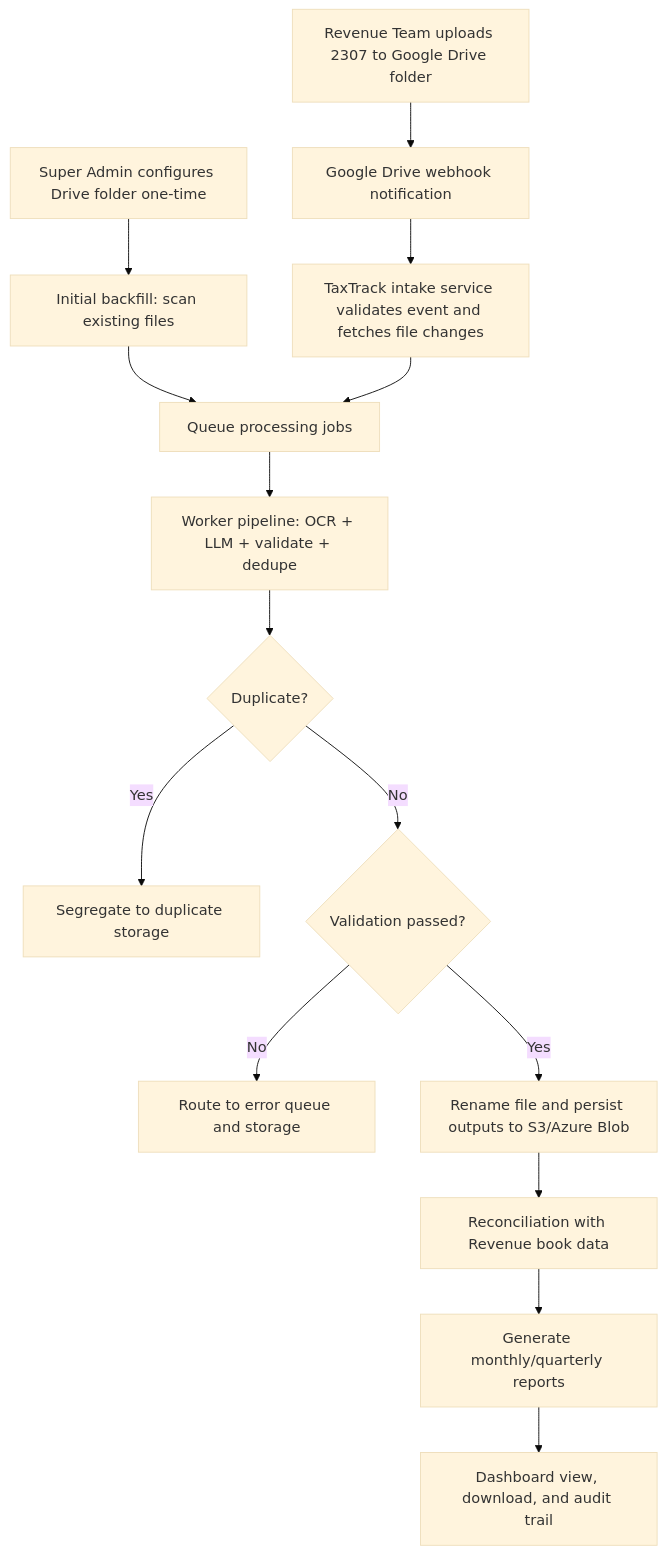
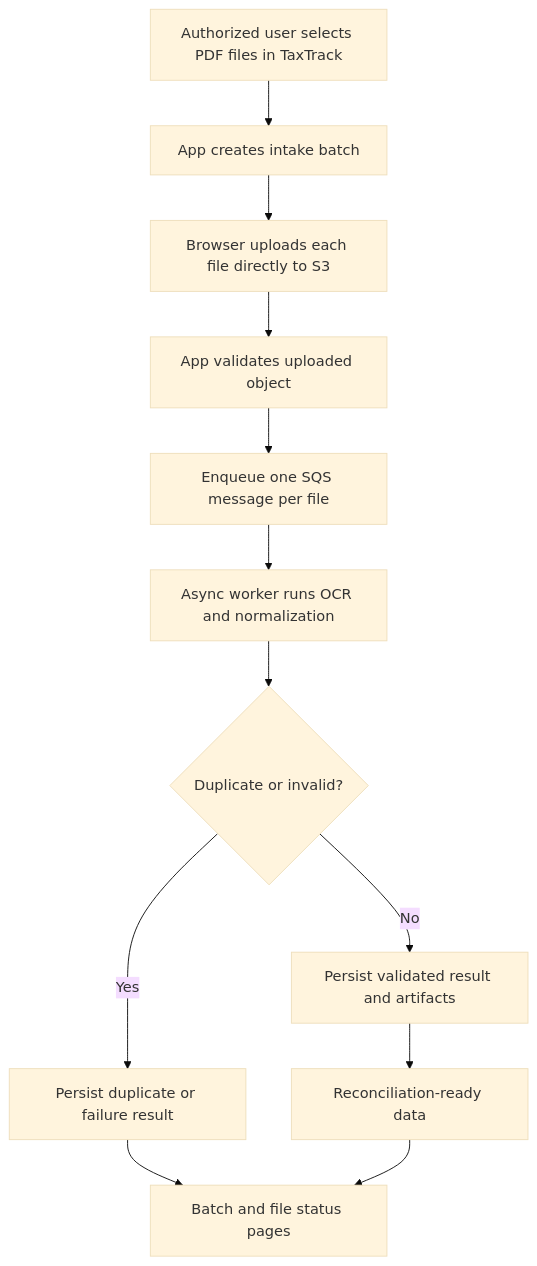
The first of 2 diagrams in docs/WORKFLOW_DIAGRAM.MD (joseph-grospe/taxgenie-hackathon), drawn with Mermaid (base theme) before and after one commit. The commit also changed other lines of this file and 12 other files, not shown here.

````diff
--- a/docs/WORKFLOW_DIAGRAM.MD
+++ b/docs/WORKFLOW_DIAGRAM.MD
@@ -5,17 +5,14 @@
 ```mermaid
 flowchart TD
-    A[Super Admin configures Drive folder one-time] --> B[Initial backfill: scan existing files]
-    B --> C[Queue processing jobs]
-    D[Revenue Team uploads 2307 to Google Drive folder] --> E[Google Drive webhook notification]
-    E --> F[TaxTrack intake service validates event and fetches file changes]
-    F --> C
-    C --> G[Worker pipeline: OCR + LLM + validate + dedupe]
-    G --> H{Duplicate?}
-    H -- Yes --> I[Segregate to duplicate storage]
-    H -- No --> J{Validation passed?}
-    J -- No --> K[Route to error queue and storage]
-    J -- Yes --> L[Rename file and persist outputs to S3/Azure Blob]
-    L --> M[Reconciliation with Revenue book data]
-    M --> N[Generate monthly/quarterly reports]
-    N --> O[Dashboard view, download, and audit trail]
+    A[Authorized user selects PDF files in TaxTrack] --> B[App creates intake batch]
+    B --> C[Browser uploads each file directly to S3]
+    C --> D[App validates uploaded object]
+    D --> E[Enqueue one SQS message per file]
+    E --> F[Async worker runs OCR and normalization]
+    F --> G{Duplicate or invalid?}
+    G -- Yes --> H[Persist duplicate or failure result]
+    G -- No --> I[Persist validated result and artifacts]
+    I --> J[Reconciliation-ready data]
+    H --> K[Batch and file status pages]
+    J --> K
 ```
````
